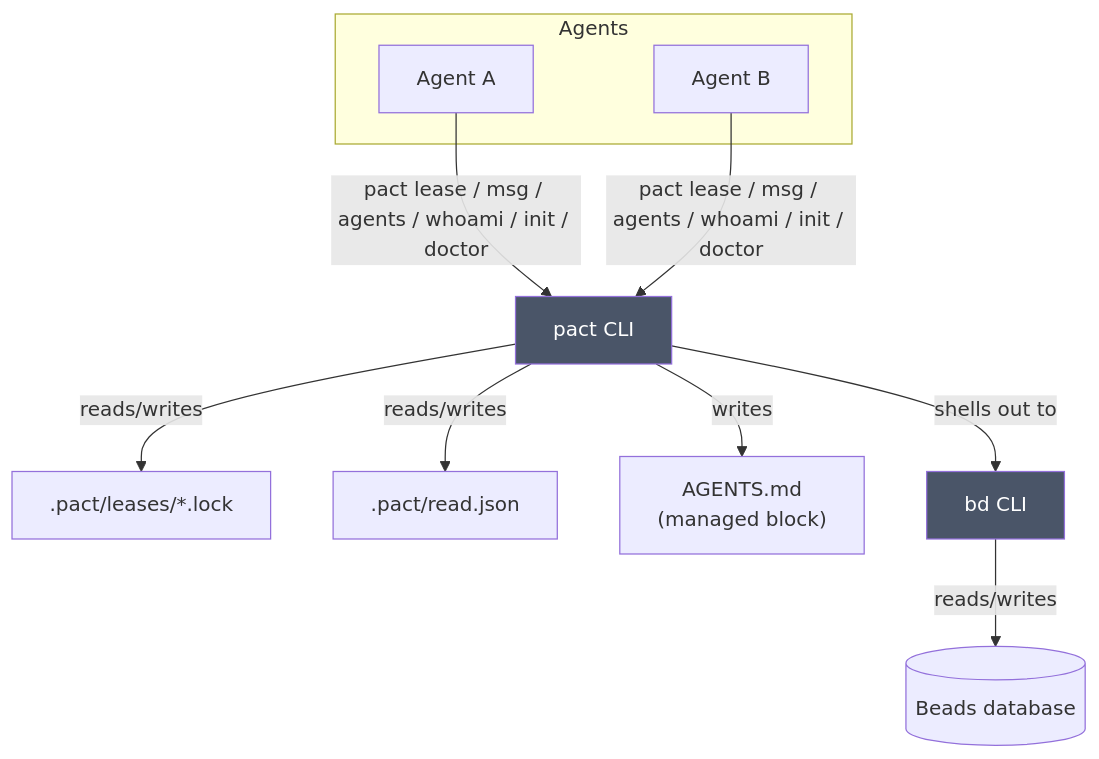
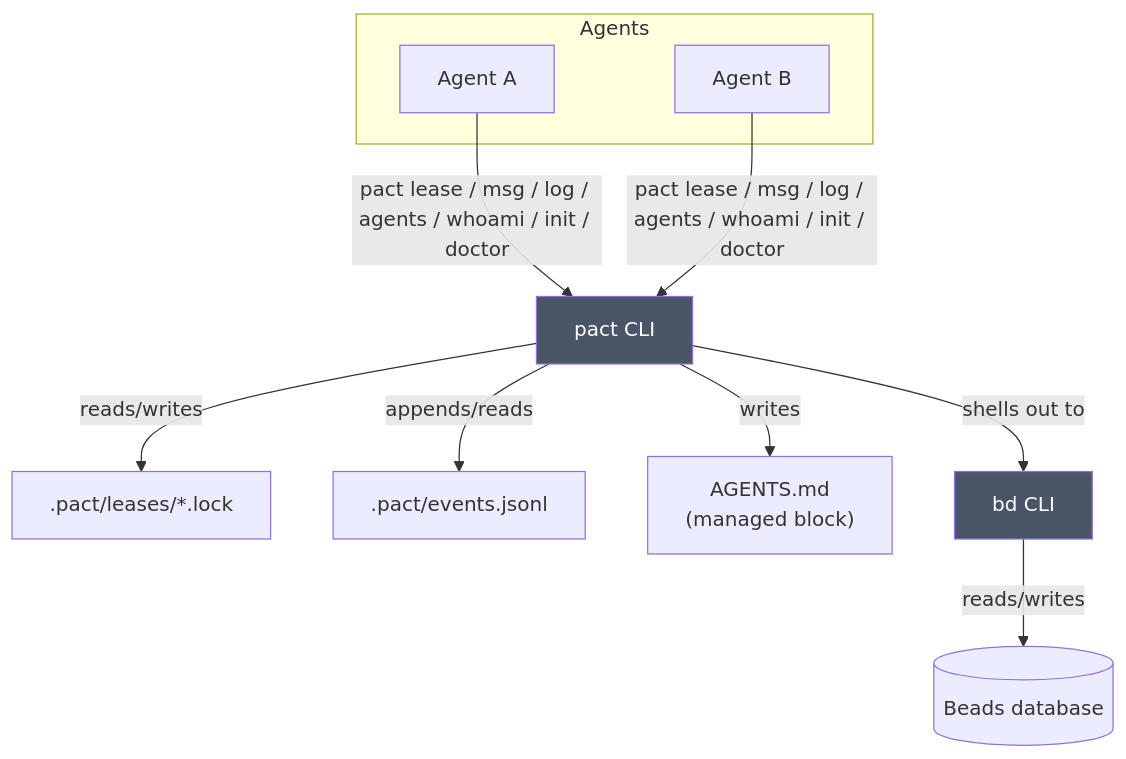
Before and after one commit to chussenot/pact: the diagram in docs/architecture.md, drawn with Mermaid. The commit also changed other lines of this file and 14 other files, not shown here.

````diff
--- a/docs/architecture.md
+++ b/docs/architecture.md
@@ -10,20 +10,20 @@
 ```mermaid
 flowchart TB
     subgraph Agents
         A[Agent A]
         B[Agent B]
     end
 
-    A -->|pact lease / msg / agents / whoami / init / doctor| P[pact CLI]
-    B -->|pact lease / msg / agents / whoami / init / doctor| P
+    A -->|pact lease / msg / log / agents / whoami / init / doctor| P[pact CLI]
+    B -->|pact lease / msg / log / agents / whoami / init / doctor| P
 
     P -->|reads/writes| L[".pact/leases/*.lock"]
-    P -->|reads/writes| R[".pact/read.json"]
+    P -->|appends/reads| R[".pact/events.jsonl"]
     P -->|writes| M["AGENTS.md
     (managed block)"]
     P -->|shells out to| BD[bd CLI]
     BD -->|reads/writes| DB[(Beads database)]
 
     style P fill:#4a5568,color:#fff
     style BD fill:#4a5568,color:#fff
 ```
````
